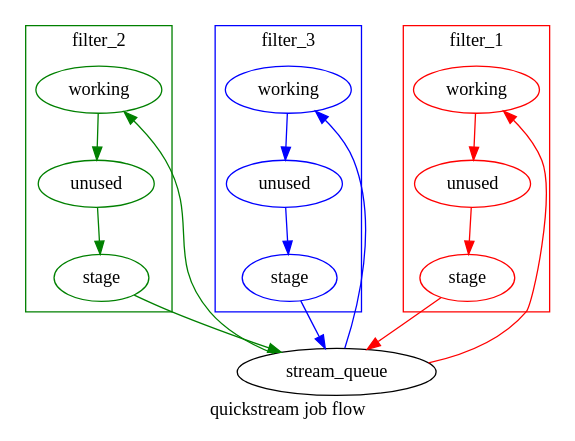
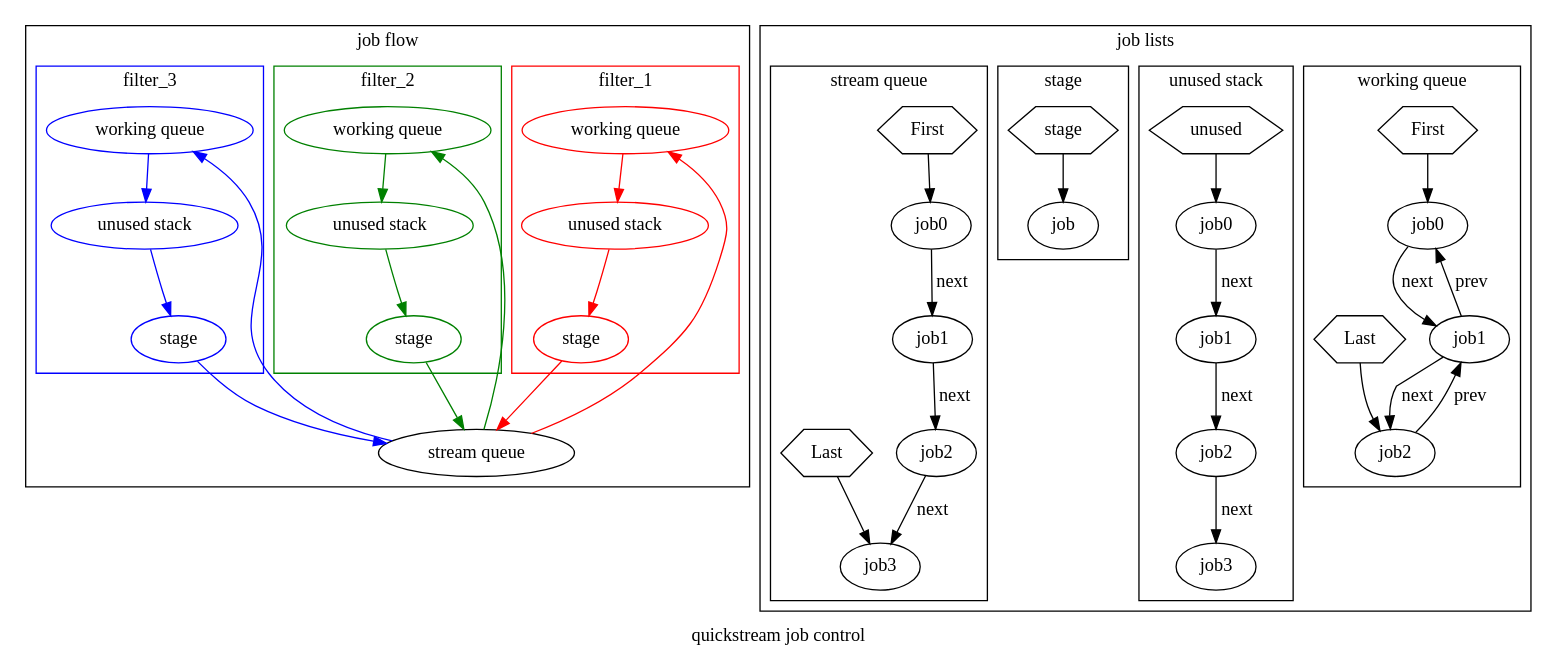
The diagram in share/doc/quickstream/jobFlow.dot (lanceman2/Quickstream_dev), drawn with Graphviz before and after one commit. The commit also changed 7 other files, not shown here.

```diff
--- a/share/doc/quickstream/jobFlow.dot
+++ b/share/doc/quickstream/jobFlow.dot
@@ -1,44 +1,100 @@
 digraph {
 
-    label="quickstream job flow";
+    label="quickstream job control";
 
-    subgraph cluster_0 {
-        label="filter_1";
-        color=red;
-        filter_1_stage [label="stage", color=red];
-        filter_1_unused [label="unused", color=red];
-        filter_1_working [label="working", color=red];
+    subgraph cluster_7 {
+         label="job flow";
+
+        subgraph cluster_0 {
+            label="filter_1";
+            color=red;
+            filter_1_stage [label="stage", color=red];
+            filter_1_unused [label="unused stack", color=red];
+            filter_1_working [label="working queue", color=red];
+        }
+
+        subgraph cluster_1 {
+            label="filter_2";
+            color=green;
+            filter_2_stage [label="stage", color=green];
+            filter_2_unused [label="unused stack", color=green];
+            filter_2_working [label="working queue", color=green];
+        }
+
+        subgraph cluster_2 {
+            label="filter_3";
+            color=blue;
+            filter_3_stage [label="stage", color=blue];
+            filter_3_unused [label="unused stack", color=blue];
+            filter_3_working [label="working queue", color=blue];
+        }
+
+        stream_queue [label="stream queue"];
+
+        filter_1_unused  -> filter_1_stage [color=red];
+        filter_1_stage   -> stream_queue [color=red];
+        stream_queue     -> filter_1_working [color=red];
+        filter_1_working -> filter_1_unused [color=red];
+
+        filter_2_unused  -> filter_2_stage [color=green];
+        filter_2_stage   -> stream_queue [color=green];
+        stream_queue     -> filter_2_working [color=green];
+        filter_2_working -> filter_2_unused [color=green];
+
+        filter_3_unused  -> filter_3_stage [color=blue];
+        filter_3_stage   -> stream_queue [color=blue];
+        stream_queue     -> filter_3_working [color=blue];
+        filter_3_working -> filter_3_unused [color=blue];
     }
 
-    subgraph cluster_1 {
-        label="filter_2";
-        color=green;
-        filter_2_stage [label="stage", color=green];
-        filter_2_unused [label="unused", color=green];
-        filter_2_working [label="working", color=green];
+    subgraph cluster_8 {
+
+        label="job lists";
+
+        subgraph cluster_3 {
+            label="working queue";
+            First [shape=polygon, sides=6];
+            Last  [shape=polygon, sides=6];
+            First -> job0;
+            Last -> job2;
+            job0 -> job1 [label=next];
+            job1 -> job2 [label=next];
+            job1 -> job0 [label=prev];
+            job2 -> job1 [label=prev];
+        }
+
+        subgraph cluster_4 {
+            label="unused stack";
+            unused [shape=polygon, sides=6];
+            ujob0 [label=job0];
+            ujob1 [label=job1];
+            ujob2 [label=job2];
+            ujob3 [label=job3];
+            unused -> ujob0;
+            ujob0 -> ujob1 [label=next];
+            ujob1 -> ujob2 [label=next];
+            ujob2 -> ujob3 [label=next];
+        } 
+
+        subgraph cluster_5 {
+            label="stage";
+            stage [shape=polygon, sides=6];
+            stage -> job;
+        }
+
+        subgraph cluster_6 {
+            label="stream queue";
+            sFirst [label=First, shape=polygon, sides=6];
+            sLast  [label=Last, shape=polygon, sides=6];
+            sjob0 [label=job0];
+            sjob1 [label=job1];
+            sjob2 [label=job2];
+            sjob3 [label=job3];
+            sFirst -> sjob0;
+            sLast -> sjob3;
+            sjob0 -> sjob1 [label=next];
+            sjob1 -> sjob2 [label=next];
+            sjob2 -> sjob3 [label=next];
+        }
     }
-
-    subgraph cluster_2 {
-        label="filter_3";
-        color=blue;
-        filter_3_stage [label="stage", color=blue];
-        filter_3_unused [label="unused", color=blue];
-        filter_3_working [label="working", color=blue];
-    }
-
-
-    filter_1_unused  -> filter_1_stage [color=red];
-    filter_1_stage   -> stream_queue [color=red];
-    stream_queue     -> filter_1_working [color=red];
-    filter_1_working -> filter_1_unused [color=red];
-
-    filter_2_unused  -> filter_2_stage [color=green];
-    filter_2_stage   -> stream_queue [color=green];
-    stream_queue     -> filter_2_working [color=green];
-    filter_2_working -> filter_2_unused [color=green];
-
-    filter_3_unused  -> filter_3_stage [color=blue];
-    filter_3_stage   -> stream_queue [color=blue];
-    stream_queue     -> filter_3_working [color=blue];
-    filter_3_working -> filter_3_unused [color=blue];
 }
```
